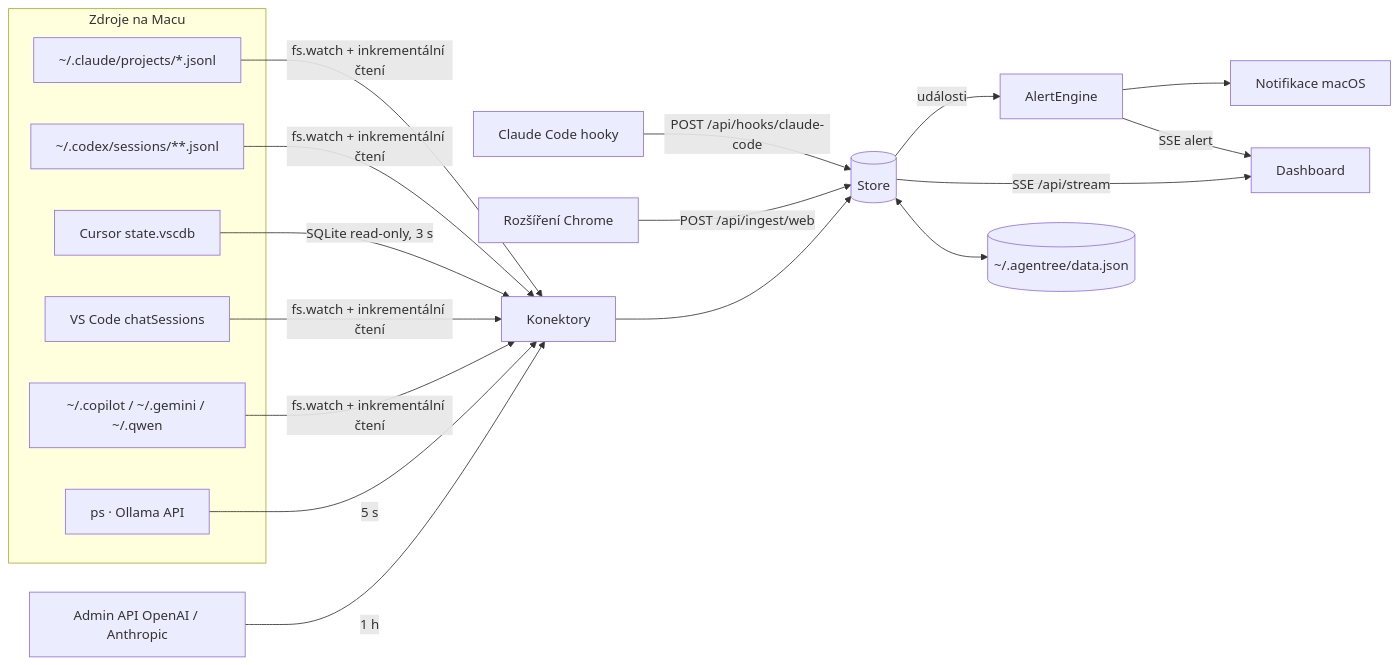
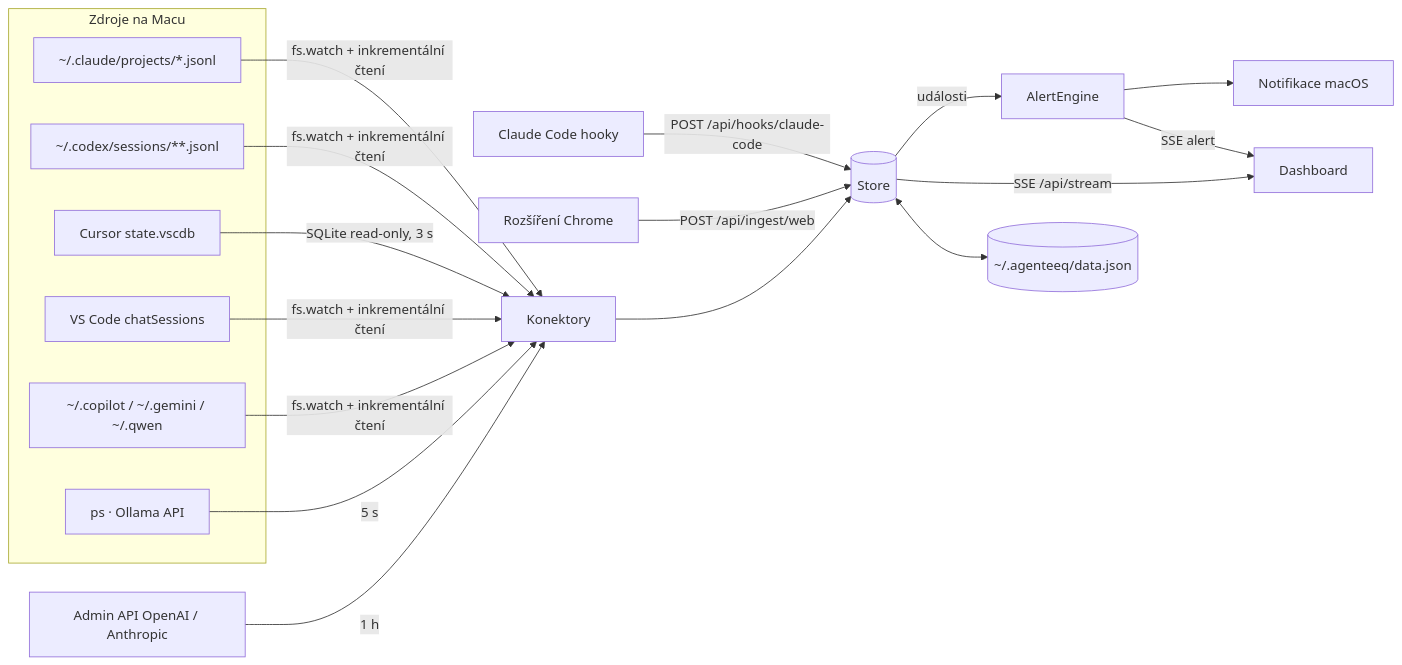
One commit to martin-pok/agentree changed the diagram in docs/ARCHITECTURE.md. Above: the diagram before and after it, drawn with Mermaid. The commit also changed other lines of this file and 104 other files, not shown here.

````diff
--- a/docs/ARCHITECTURE.md
+++ b/docs/ARCHITECTURE.md
@@ -17,23 +17,23 @@
 ```mermaid
 flowchart LR
   subgraph Zdroje na Macu
     A1[~/.claude/projects/*.jsonl]
     A2[~/.codex/sessions/**.jsonl]
     A3[Cursor state.vscdb]
     A4[VS Code chatSessions]
     A5[~/.copilot / ~/.gemini / ~/.qwen]
     A6[ps · Ollama API]
   end
   H[Claude Code hooky] -->|POST /api/hooks/claude-code| S
   E[Rozšíření Chrome] -->|POST /api/ingest/web| S
   A1 & A2 & A4 & A5 -->|fs.watch + inkrementální čtení| C[Konektory]
   A3 -->|SQLite read-only, 3 s| C
   A6 -->|5 s| C
   X[Admin API OpenAI / Anthropic] -->|1 h| C
   C --> S[(Store)]
   S -->|události| AL[AlertEngine]
   AL --> N[Notifikace macOS]
   S -->|SSE /api/stream| UI[Dashboard]
   AL -->|SSE alert| UI
-  S <--> D[(~/.agentree/data.json)]
+  S <--> D[(~/.agenteeq/data.json)]
 ```
````
